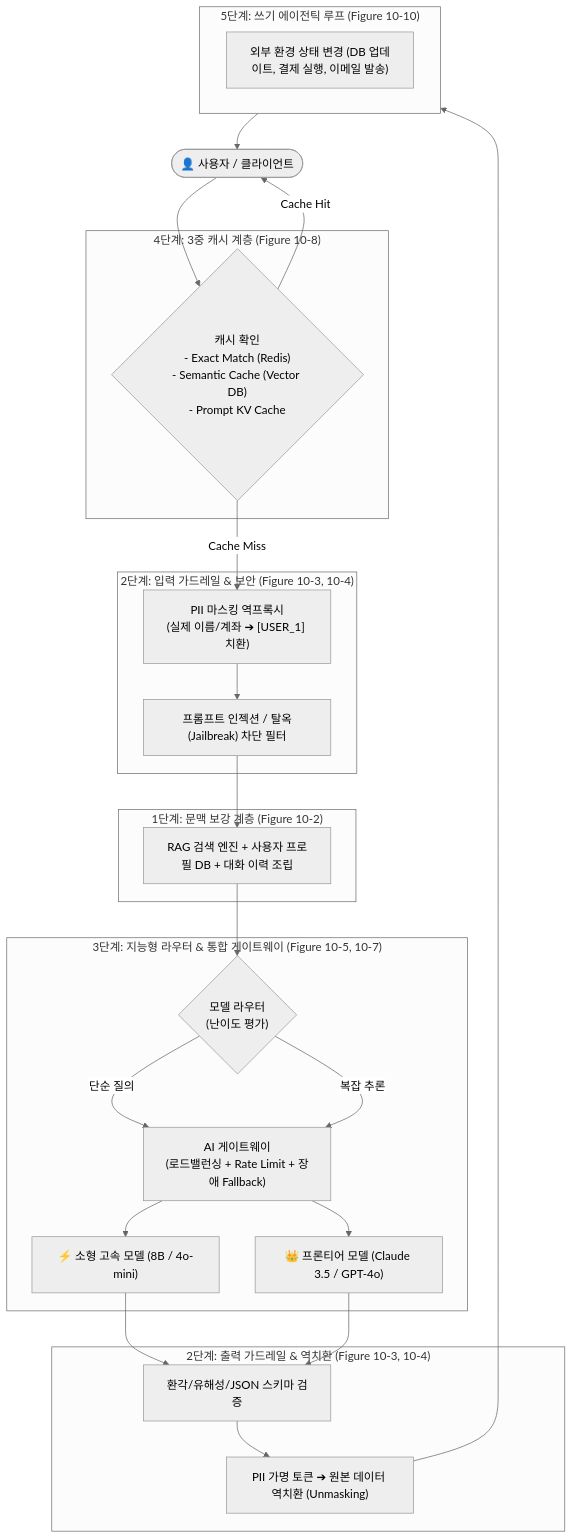
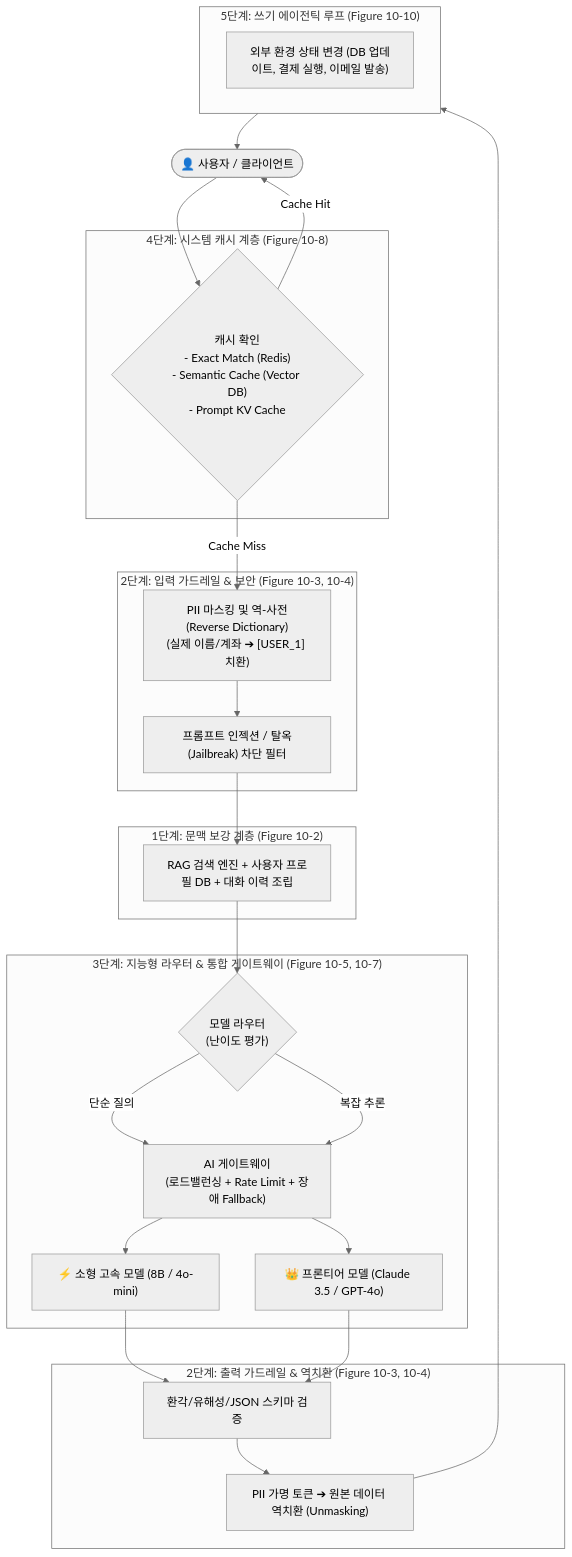
One commit to sing-u8/AI-Engineering changed the first of 3 diagrams in chapter-qa/ch10-architecture-and-feedback-qa/01-enterprise-ai-application-architecture.md. Above: the diagram before and after it, drawn with Mermaid (neutral theme). The commit also changed other lines of this file and 15 other files, not shown here.

````diff
--- a/chapter-qa/ch10-architecture-and-feedback-qa/01-enterprise-ai-application-architecture.md
+++ b/chapter-qa/ch10-architecture-and-feedback-qa/01-enterprise-ai-application-architecture.md
@@ -39,41 +39,41 @@
 ```mermaid
 flowchart TD
     User(["👤 사용자 / 클라이언트"])
 
-    subgraph Layer4["4단계: 3중 캐시 계층 (Figure 10-8)"]
+    subgraph Layer4["4단계: 시스템 캐시 계층 (Figure 10-8)"]
         Cache{"캐시 확인\n- Exact Match (Redis)\n- Semantic Cache (Vector DB)\n- Prompt KV Cache"}
     end
 
     subgraph Layer2_In["2단계: 입력 가드레일 & 보안 (Figure 10-3, 10-4)"]
-        PII_Mask["PII 마스킹 역프록시\n(실제 이름/계좌 ➔ [USER_1] 치환)"]
+        PII_Mask["PII 마스킹 및 역-사전(Reverse Dictionary)\n(실제 이름/계좌 ➔ [USER_1] 치환)"]
         Injection["프롬프트 인젝션 / 탈옥(Jailbreak) 차단 필터"]
     end
 
     subgraph Layer1["1단계: 문맥 보강 계층 (Figure 10-2)"]
         RAG["RAG 검색 엔진 + 사용자 프로필 DB + 대화 이력 조립"]
     end
 
     subgraph Layer3["3단계: 지능형 라우터 & 통합 게이트웨이 (Figure 10-5, 10-7)"]
         Router{"모델 라우터\n(난이도 평가)"}
         Gateway["AI 게이트웨이\n(로드밸런싱 + Rate Limit + 장애 Fallback)"]
         SmallM["⚡ 소형 고속 모델 (8B / 4o-mini)"]
         LargeM["👑 프론티어 모델 (Claude 3.5 / GPT-4o)"]
     end
 
     subgraph Layer2_Out["2단계: 출력 가드레일 & 역치환 (Figure 10-3, 10-4)"]
         PII_Unmask["PII 가명 토큰 ➔ 원본 데이터 역치환 (Unmasking)"]
         Hallu_Check["환각/유해성/JSON 스키마 검증"]
     end
 
     subgraph Layer5["5단계: 쓰기 에이전틱 루프 (Figure 10-10)"]
         Actions["외부 환경 상태 변경 (DB 업데이트, 결제 실행, 이메일 발송)"]
     end
 
     User --> Cache
     Cache -- Cache Miss --> PII_Mask --> Injection --> RAG --> Router
     Router -- 단순 질의 --> Gateway --> SmallM
     Router -- 복잡 추론 --> Gateway --> LargeM
     SmallM & LargeM --> Hallu_Check --> PII_Unmask --> Layer5
     Layer5 --> User
     Cache -- Cache Hit --> User
 ```
````
